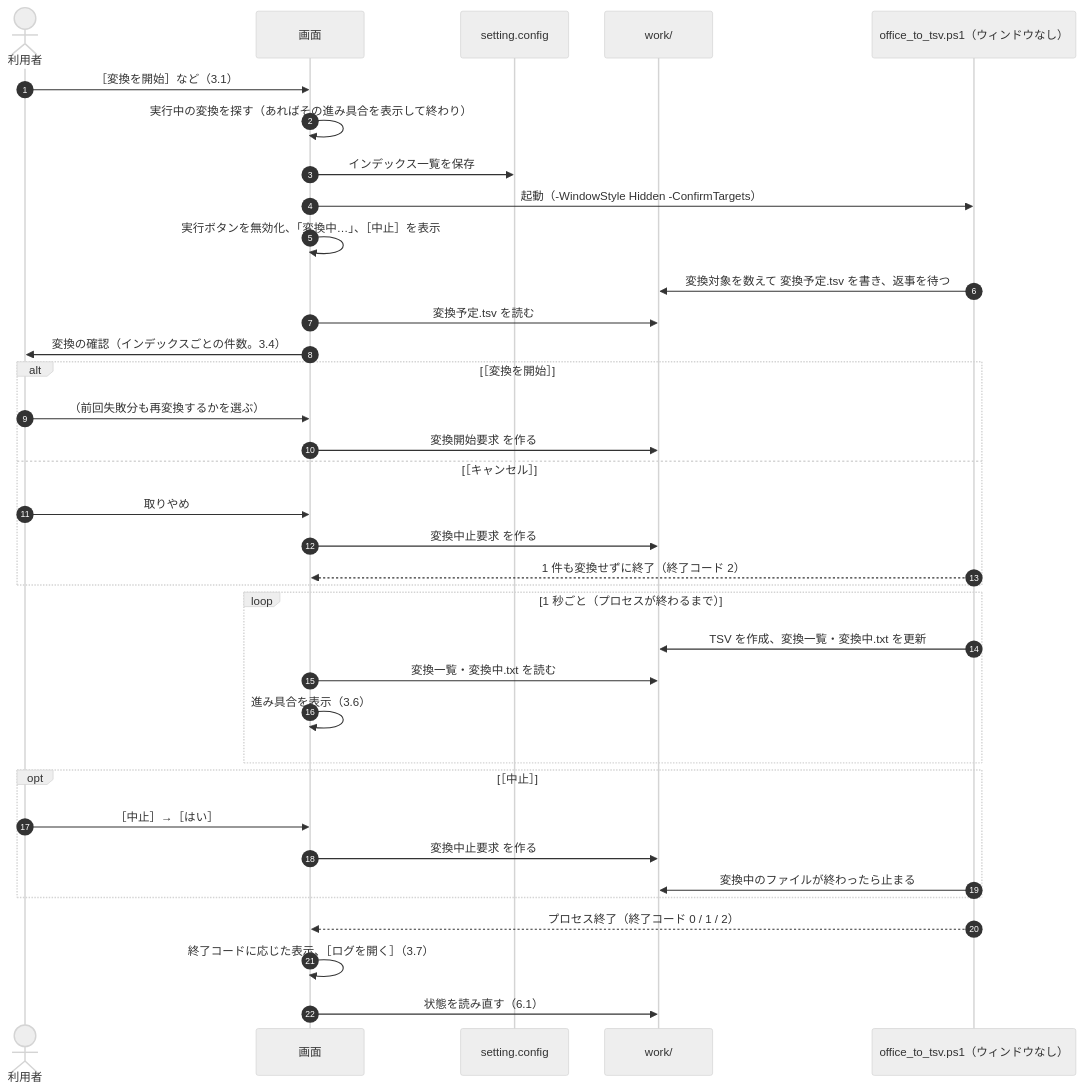
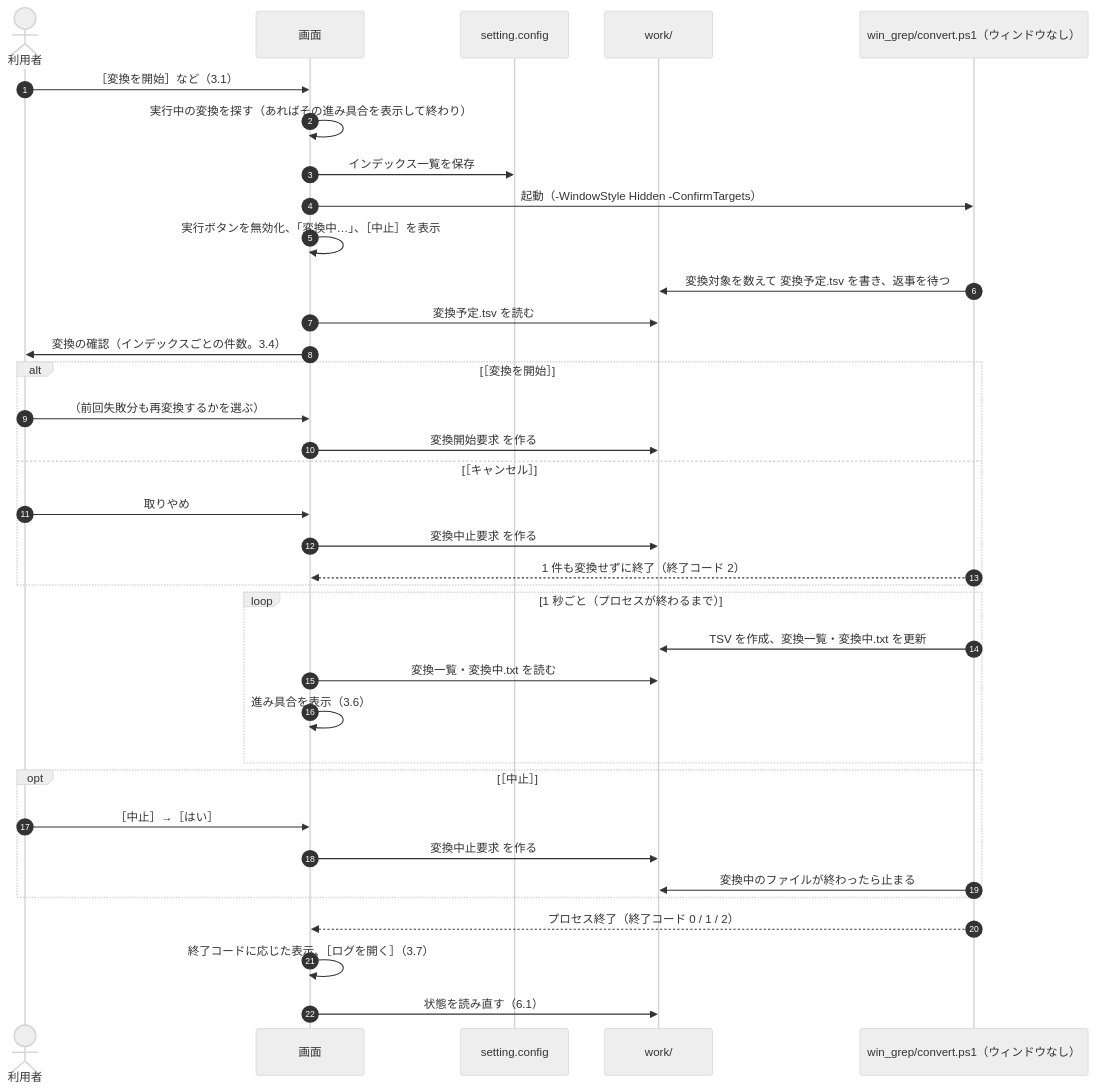
Before and after one commit to hsgwa/tebunko: the third of 4 diagrams in docs/03_画面_4_状態と操作の流れ.md, drawn with Mermaid (neutral theme). The commit also changed other lines of this file and 18 other files, not shown here.

````diff
--- a/docs/03_画面_4_状態と操作の流れ.md
+++ b/docs/03_画面_4_状態と操作の流れ.md
@@ -80,39 +80,39 @@
 ```mermaid
 sequenceDiagram
     autonumber
     actor U as 利用者
     participant G as 画面
     participant C as setting.config
     participant W as work/
-    participant P as office_to_tsv.ps1（ウィンドウなし）
+    participant P as win_grep/convert.ps1（ウィンドウなし）
 
     U->>G: ［変換を開始］など（3.1）
     G->>G: 実行中の変換を探す（あればその進み具合を表示して終わり）
     G->>C: インデックス一覧を保存
     G->>P: 起動（-WindowStyle Hidden -ConfirmTargets）
     G->>G: 実行ボタンを無効化、「変換中…」、［中止］を表示
     P->>W: 変換対象を数えて 変換予定.tsv を書き、返事を待つ
     G->>W: 変換予定.tsv を読む
     G->>U: 変換の確認（インデックスごとの件数。3.4）
     alt ［変換を開始］
         U->>G: （前回失敗分も再変換するかを選ぶ）
         G->>W: 変換開始要求 を作る
     else ［キャンセル］
         U->>G: 取りやめ
         G->>W: 変換中止要求 を作る
         P-->>G: 1 件も変換せずに終了（終了コード 2）
     end
     loop 1 秒ごと（プロセスが終わるまで）
         P->>W: TSV を作成、変換一覧・変換中.txt を更新
         G->>W: 変換一覧・変換中.txt を読む
         G->>G: 進み具合を表示（3.6）
     end
     opt ［中止］
         U->>G: ［中止］→［はい］
         G->>W: 変換中止要求 を作る
         P->>W: 変換中のファイルが終わったら止まる
     end
     P-->>G: プロセス終了（終了コード 0 / 1 / 2）
     G->>G: 終了コードに応じた表示、［ログを開く］（3.7）
     G->>W: 状態を読み直す（6.1）
 ```
````
